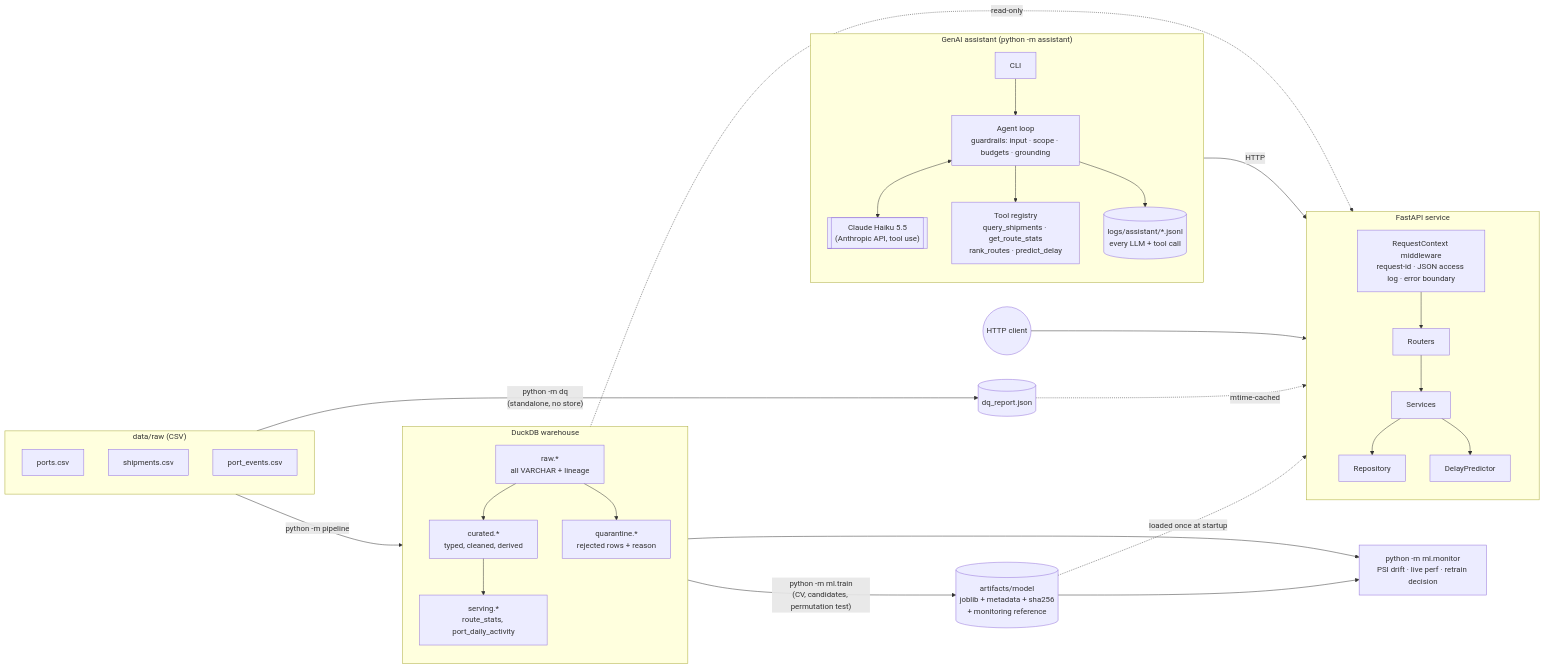
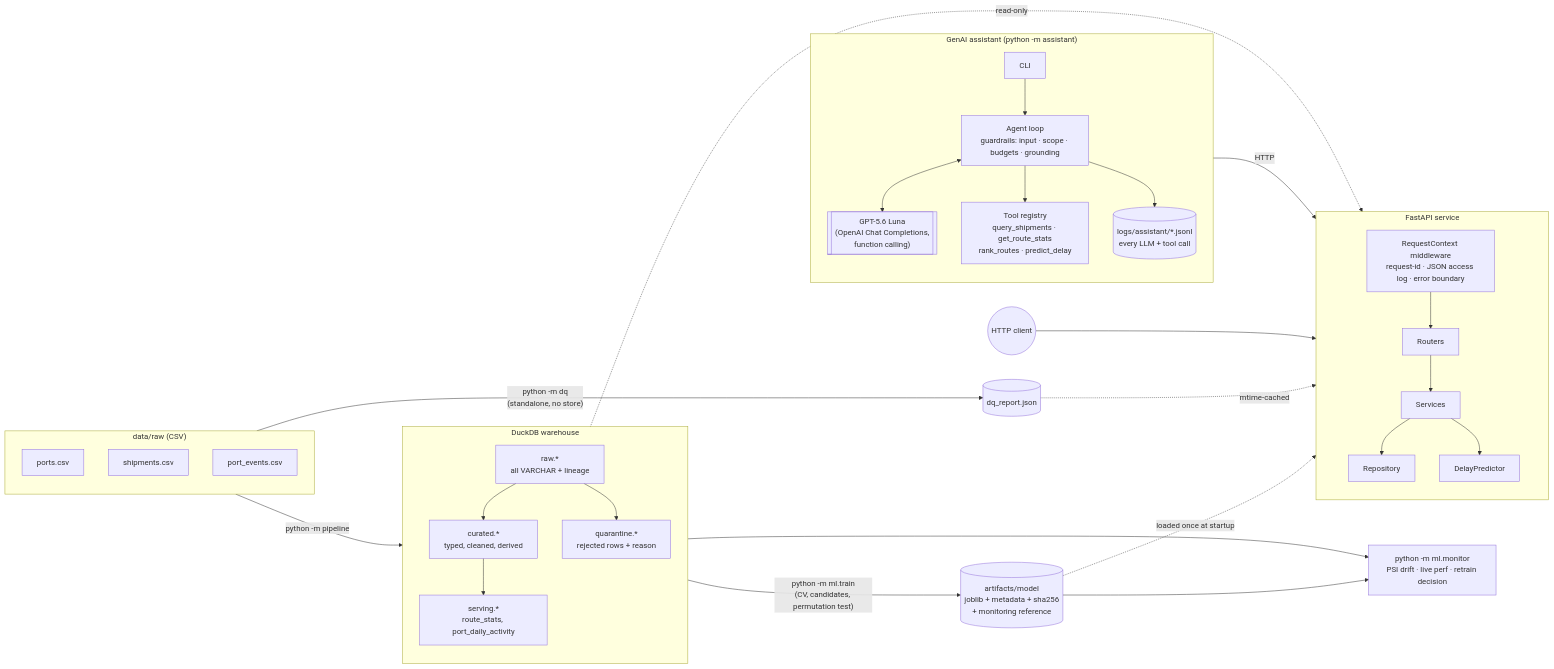
The first of 6 diagrams in README.md (shubham11941140/Maersk-Shubham-Gupta), drawn with Mermaid before and after one commit. The commit also changed other lines of this file and 25 other files, not shown here.

Commit message:
Anthropic moved to OpenAI

````diff
--- a/README.md
+++ b/README.md
@@ -71,43 +71,43 @@
 ```mermaid
 flowchart LR
     subgraph RAW["data/raw (CSV)"]
         P[ports.csv]
         S[shipments.csv]
         E[port_events.csv]
     end
 
     RAW -->|"python -m dq<br/>(standalone, no store)"| DQ[(dq_report.json)]
     RAW -->|"python -m pipeline"| WH
 
     subgraph WH["DuckDB warehouse"]
         direction TB
         R[raw.*<br/>all VARCHAR + lineage] --> C[curated.*<br/>typed, cleaned, derived]
         R --> Q[quarantine.*<br/>rejected rows + reason]
         C --> SV[serving.*<br/>route_stats, port_daily_activity]
     end
 
     WH -->|"python -m ml.train<br/>(CV, candidates, permutation test)"| M[(artifacts/model<br/>joblib + metadata + sha256<br/>+ monitoring reference)]
     M --> MON["python -m ml.monitor<br/>PSI drift · live perf · retrain decision"]
     WH --> MON
 
     subgraph API["FastAPI service"]
         direction TB
         MW[RequestContext middleware<br/>request-id · JSON access log · error boundary]
         RT[Routers] --> SVC[Services] --> REPO[Repository] 
         SVC --> PRED[DelayPredictor]
     end
 
     C -. read-only .-> REPO
     M -. loaded once at startup .-> PRED
     DQ -. mtime-cached .-> SVC
     Client((HTTP client)) --> MW --> RT
 
     subgraph GENAI["GenAI assistant (python -m assistant)"]
         direction TB
         CLI[CLI] --> AG["Agent loop<br/>guardrails: input · scope · budgets · grounding"]
-        AG <--> LLM[["Claude Haiku 5.5<br/>(Anthropic API, tool use)"]]
+        AG <--> LLM[["GPT-5.6 Luna<br/>(OpenAI Chat Completions,<br/>function calling)"]]
         AG --> TR["Tool registry<br/>query_shipments · get_route_stats<br/>rank_routes · predict_delay"]
         AG --> LOG[(logs/assistant/*.jsonl<br/>every LLM + tool call)]
     end
     TR -->|HTTP| MW
 ```
````
